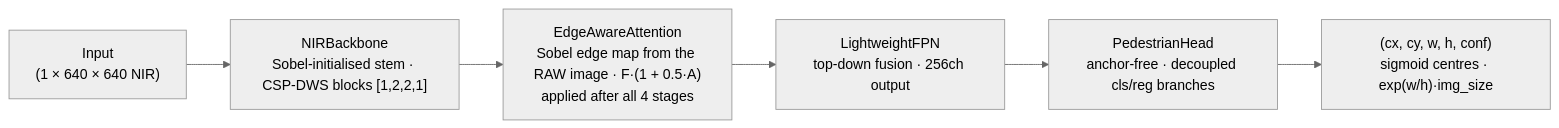
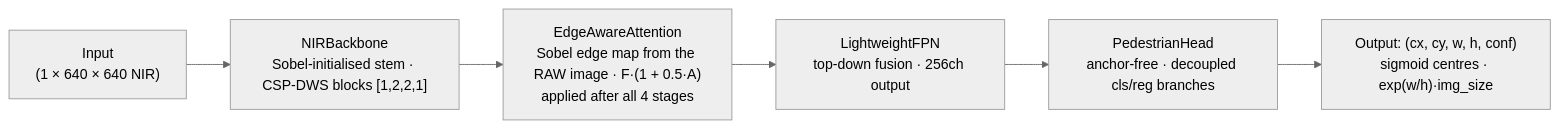
One commit to Sreekarji/nightvision-edge changed the diagram in README.md. Above: the diagram before and after it, drawn with Mermaid (neutral theme). The commit also changed other lines of this file, not shown here.

Commit message:
README: precise loss trajectory, accurate test_model.py description, mermaid render-safe label

````diff
--- a/README.md
+++ b/README.md
@@ -21,8 +21,8 @@
 ```mermaid
 graph LR
     I["Input<br/>(1 × 640 × 640 NIR)"] --> S["NIRBackbone<br/>Sobel-initialised stem · CSP-DWS blocks [1,2,2,1]"]
     S --> E["EdgeAwareAttention<br/>Sobel edge map from the RAW image · F·(1 + 0.5·A)<br/>applied after all 4 stages"]
     E --> F["LightweightFPN<br/>top-down fusion · 256ch output"]
     F --> H["PedestrianHead<br/>anchor-free · decoupled cls/reg branches"]
-    H --> O["(cx, cy, w, h, conf)<br/>sigmoid centres · exp(w/h)·img_size"]
+    H --> O["Output: (cx, cy, w, h, conf)<br/>sigmoid centres · exp(w/h)·img_size"]
 ```
````
